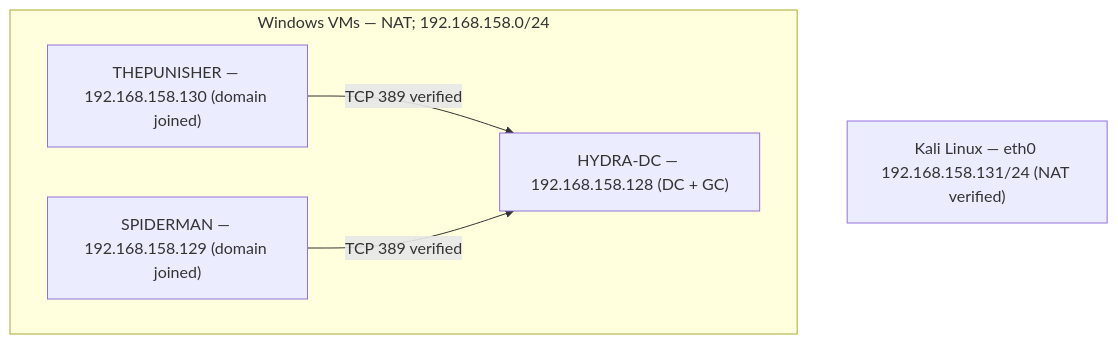
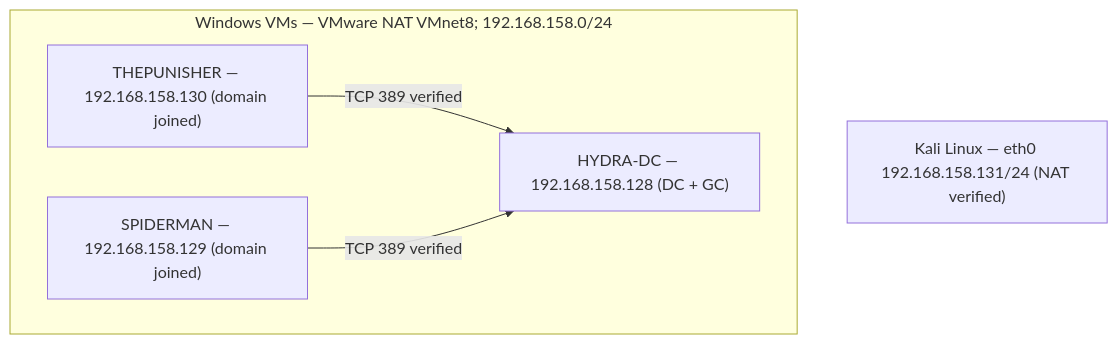
Before and after one commit to ObitoX86/PEH-active-directory-lab: the diagram in docs/02-network-architecture.md, drawn with Mermaid. The commit also changed other lines of this file, not shown here.

Commit message:
Document VMware VMnet8 NAT and VMnet1 host-only evidence in docs/02-network-architecture.md

````diff
--- a/docs/02-network-architecture.md
+++ b/docs/02-network-architecture.md
@@ -392,11 +410,11 @@
 ```mermaid
 flowchart TB
-    subgraph LAB["Windows VMs — NAT; 192.168.158.0/24"]
+    subgraph LAB["Windows VMs — VMware NAT VMnet8; 192.168.158.0/24"]
         DC["HYDRA-DC — 192.168.158.128 (DC + GC)"]
         P["THEPUNISHER — 192.168.158.130 (domain joined)"]
         S["SPIDERMAN — 192.168.158.129 (domain joined)"]
         P -->|"TCP 389 verified"| DC
         S -->|"TCP 389 verified"| DC
     end
     K["Kali Linux — eth0 192.168.158.131/24 (NAT verified)"]
 ```
````
